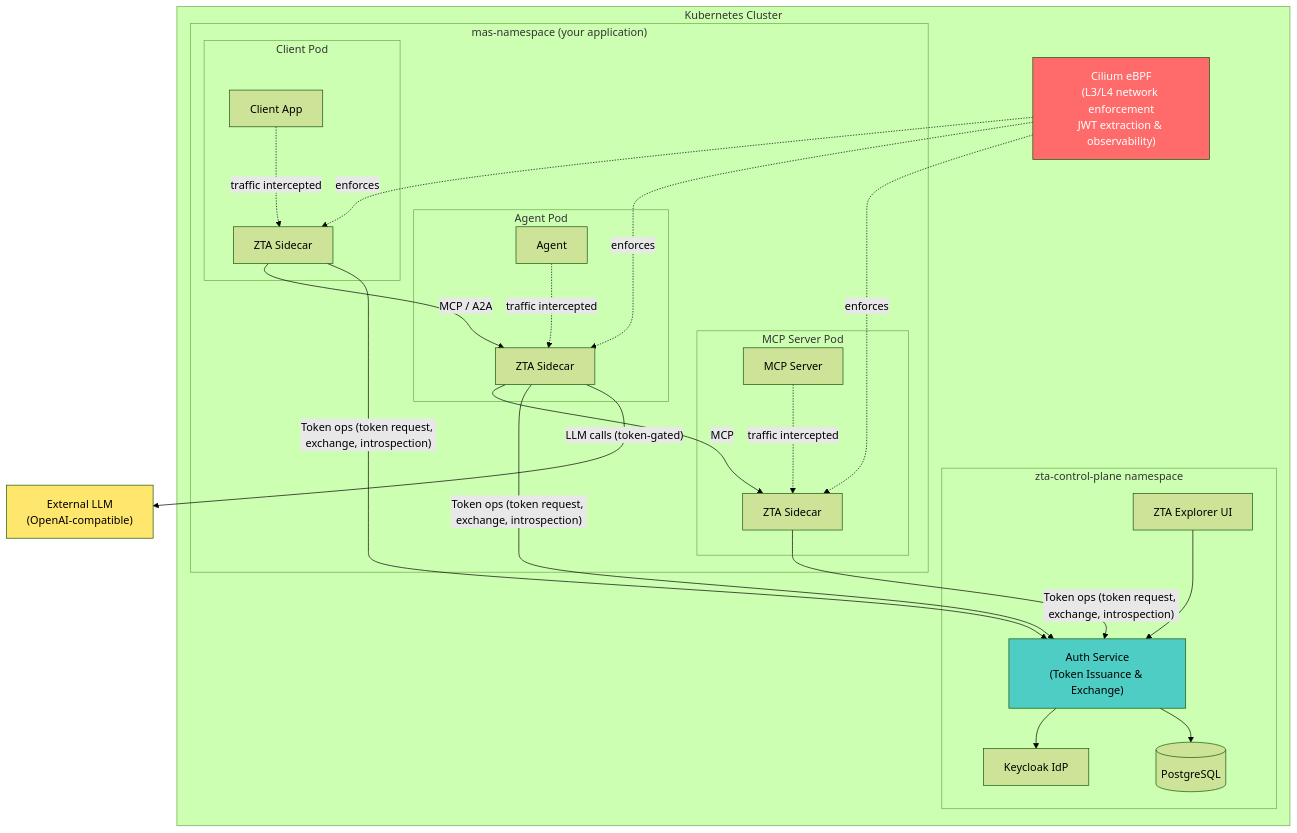
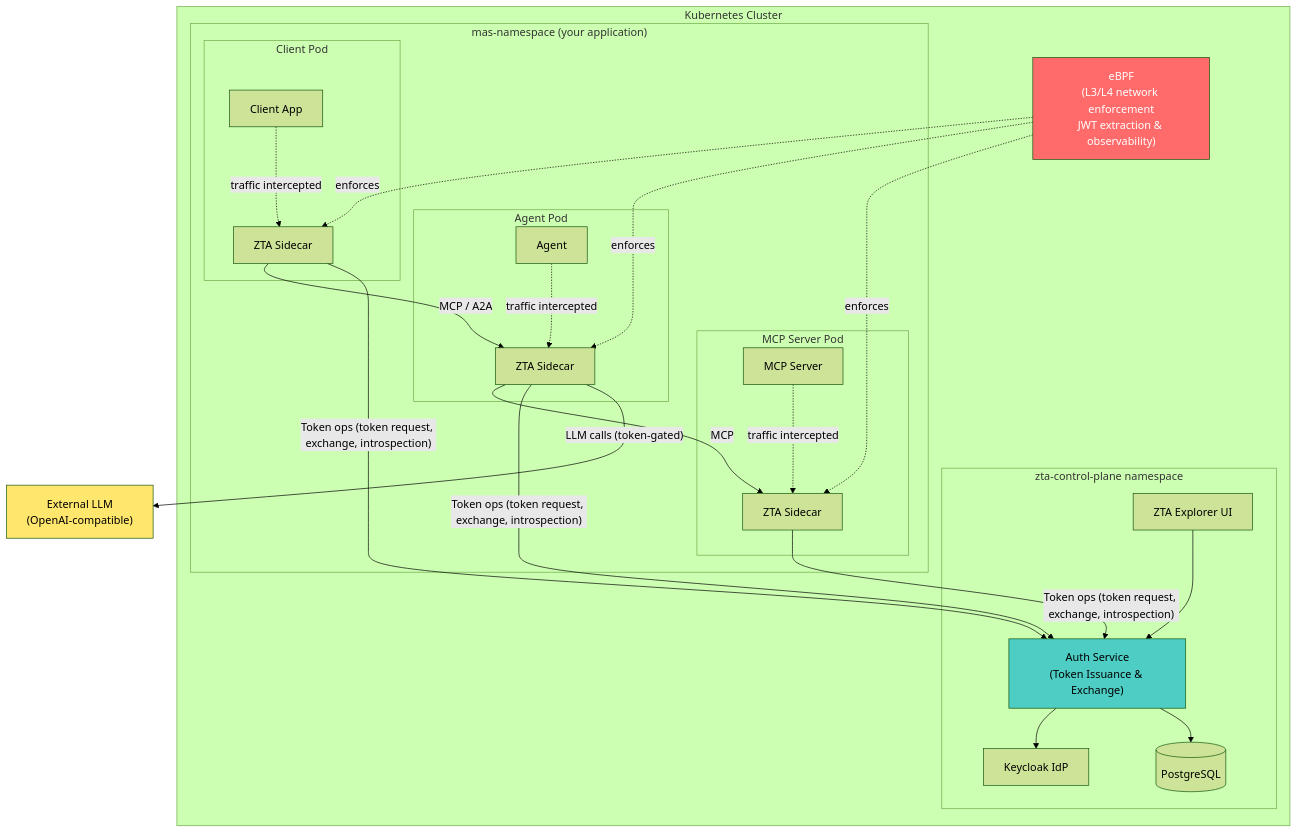
Before and after one commit to outshift-open/CASA: the diagram in docs/ui/docs/architecture/overview.md, drawn with Mermaid (forest theme). The commit also changed other lines of this file and 8 other files, not shown here.

````diff
--- a/docs/ui/docs/architecture/overview.md
+++ b/docs/ui/docs/architecture/overview.md
@@ -13,46 +13,46 @@
 ```mermaid
 graph TB
     subgraph "Kubernetes Cluster"
         subgraph "zta-control-plane namespace"
             AUTH["Auth Service\n(Token Issuance & Exchange)"]
             KC["Keycloak IdP"]
             PG[("PostgreSQL")]
             UI["ZTA Explorer UI"]
             AUTH --> KC
             AUTH --> PG
             UI --> AUTH
         end
 
         subgraph "mas-namespace (your application)"
             subgraph "Client Pod"
                 CL["Client App"]
                 CLS["ZTA Sidecar"]
                 CL -.->|"traffic intercepted"| CLS
             end
             subgraph "Agent Pod"
                 AG["Agent"]
                 AGS["ZTA Sidecar"]
                 AG -.->|"traffic intercepted"| AGS
             end
             subgraph "MCP Server Pod"
                 MCP["MCP Server"]
                 MCPS["ZTA Sidecar"]
                 MCP -.->|"traffic intercepted"| MCPS
             end
             CLS -->|"MCP / A2A"| AGS
             AGS -->|"MCP"| MCPS
         end
 
-        EBPF["Cilium eBPF\n(L3/L4 network enforcement\nJWT extraction & observability)"]
+        EBPF["eBPF\n(L3/L4 network enforcement\nJWT extraction & observability)"]
         EBPF -.->|"enforces"| CLS
         EBPF -.->|"enforces"| AGS
         EBPF -.->|"enforces"| MCPS
     end
 
     CLS & AGS & MCPS -->|"Token ops (token request, exchange, introspection)"| AUTH
     AGS -->|"LLM calls (token-gated)"| LLM["External LLM\n(OpenAI-compatible)"]
 
     style AUTH fill:#4ecdc4,color:#000
     style EBPF fill:#ff6b6b,color:#fff
     style LLM fill:#ffe66d,color:#000
 ```
````
